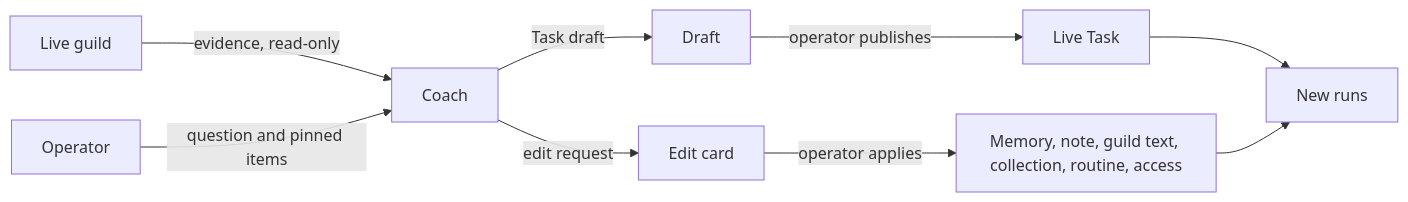
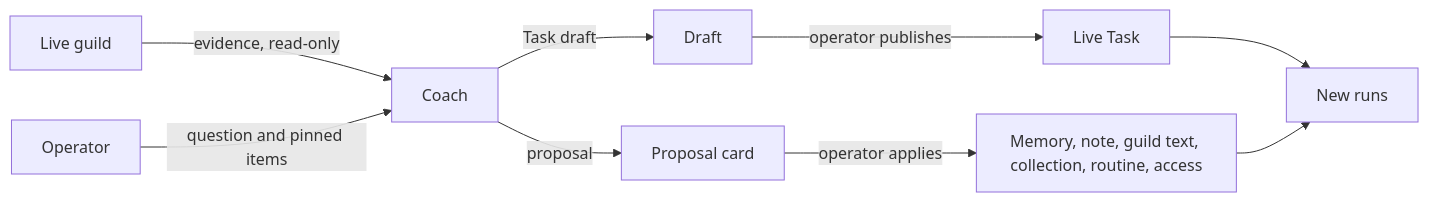
One commit to CigaleAI/guilds changed the diagram in docs/concepts/prompt-studio.md. Above: the diagram before and after it, drawn with Mermaid. The commit also changed other lines of this file and 82 other files, not shown here.

````diff
--- a/docs/concepts/prompt-studio.md
+++ b/docs/concepts/prompt-studio.md
@@ -41,11 +34,11 @@
 ```mermaid
 flowchart LR
     G[Live guild] -->|evidence, read-only| C[Coach]
     O[Operator] -->|question and pinned items| C
     C -->|Task draft| D[Draft]
-    C -->|edit request| E[Edit card]
+    C -->|proposal| E[Proposal card]
     D -->|operator publishes| T[Live Task]
     E -->|operator applies| W[Memory, note, guild text, collection, routine, access]
     T --> R[New runs]
     W --> R
 ```
````
